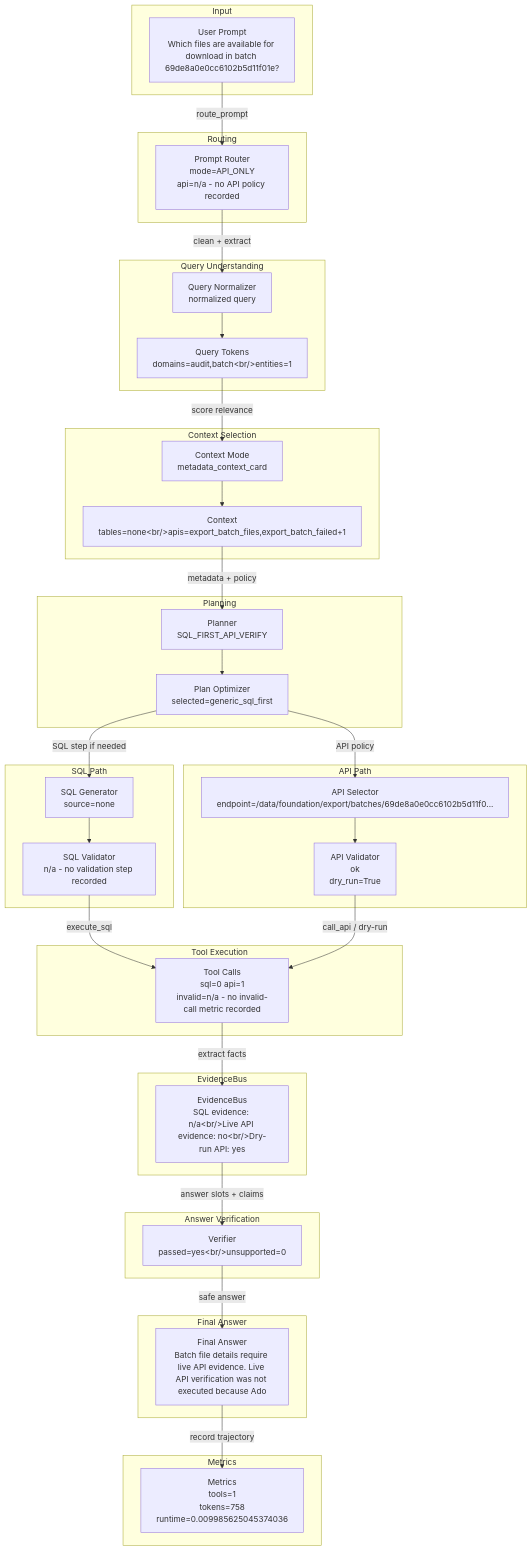
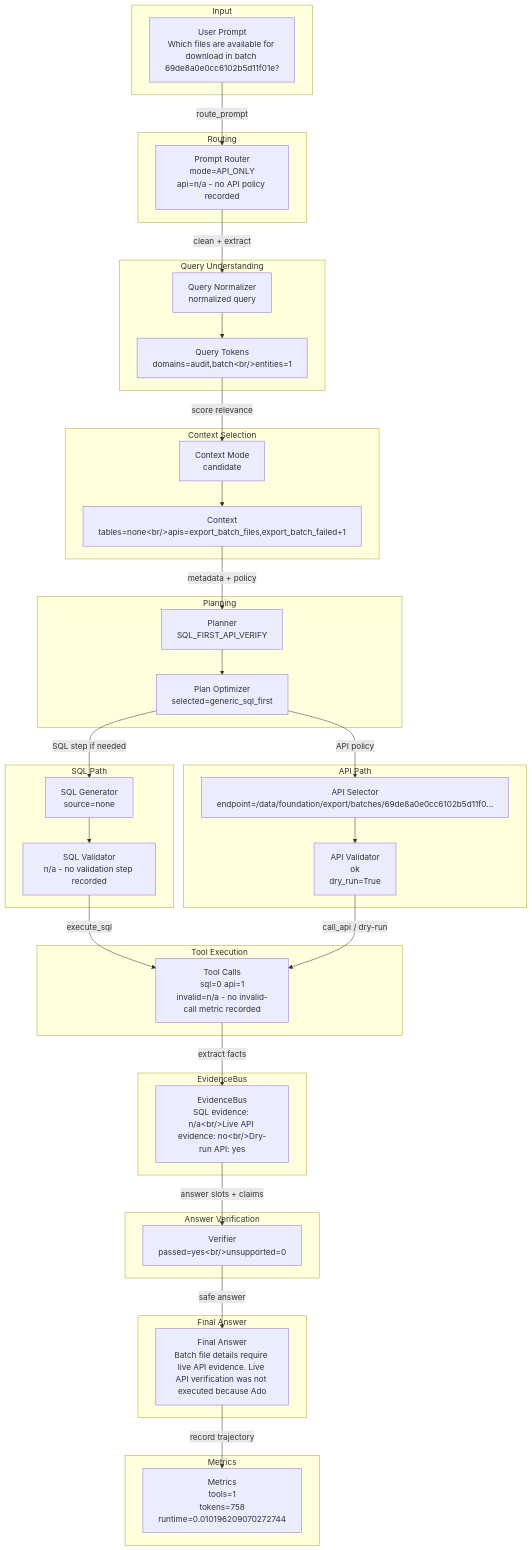
The diagram in outputs/visualizations/example_031/sql_first_api_verify/dataflow.md (dashsys-workshop-vldb/dashsys-workshop-vldb.github.io), drawn with Mermaid before and after one commit. The commit also changed other lines of this file and 597 other files, not shown here.

````diff
--- a/outputs/visualizations/example_031/sql_first_api_verify/dataflow.md
+++ b/outputs/visualizations/example_031/sql_first_api_verify/dataflow.md
@@ -19,56 +19,56 @@
 ```mermaid
 flowchart TD
   subgraph Input
     input_prompt["User Prompt<br/>Which files are available for download in batch 69de8a0e0cc6102b5d11f01e?"]
   end
   subgraph Routing
     router["Prompt Router<br/>mode=API_ONLY<br/>api=n/a - no API policy recorded"]
     input_prompt -->|route_prompt| router
   end
   subgraph QueryUnderstanding["Query Understanding"]
     normalizer["Query Normalizer<br/>normalized query"]
     tokens["Query Tokens<br/>domains=audit,batch&lt;br/&gt;entities=1"]
     router -->|clean + extract| normalizer --> tokens
   end
   subgraph ContextSelection["Context Selection"]
-    context["Context Mode<br/>metadata_context_card"]
+    context["Context Mode<br/>candidate"]
     candidates["Context<br/>tables=none&lt;br/&gt;apis=export_batch_files,export_batch_failed+1"]
     tokens -->|score relevance| context --> candidates
   end
   subgraph Planning
     planner["Planner<br/>SQL_FIRST_API_VERIFY"]
     optimizer["Plan Optimizer<br/>selected=generic_sql_first"]
     candidates -->|metadata + policy| planner --> optimizer
   end
   subgraph SQLPath["SQL Path"]
     sqlgen["SQL Generator<br/>source=none"]
     sqlval["SQL Validator<br/>n/a - no validation step recorded"]
     optimizer -->|SQL step if needed| sqlgen --> sqlval
   end
   subgraph APIPath["API Path"]
     apisel["API Selector<br/>endpoint=/data/foundation/export/batches/69de8a0e0cc6102b5d11f0..."]
     apival["API Validator<br/>ok<br/>dry_run=True"]
     optimizer -->|API policy| apisel --> apival
   end
   subgraph ToolExecution["Tool Execution"]
     tools["Tool Calls<br/>sql=0 api=1<br/>invalid=n/a - no invalid-call metric recorded"]
     sqlval -->|execute_sql| tools
     apival -->|call_api / dry-run| tools
   end
   subgraph EvidenceBus
     evidence["EvidenceBus<br/>SQL evidence: n/a&lt;br/&gt;Live API evidence: no&lt;br/&gt;Dry-run API: yes"]
     tools -->|extract facts| evidence
   end
   subgraph AnswerVerification["Answer Verification"]
     verifier["Verifier<br/>passed=yes&lt;br/&gt;unsupported=0"]
     evidence -->|answer slots + claims| verifier
   end
   subgraph FinalAnswer["Final Answer"]
     answer["Final Answer<br/>Batch file details require live API evidence. Live API verification was not executed because Ado"]
     verifier -->|safe answer| answer
   end
   subgraph Metrics
-    metrics["Metrics<br/>tools=1<br/>tokens=758<br/>runtime=0.009985625045374036"]
+    metrics["Metrics<br/>tools=1<br/>tokens=758<br/>runtime=0.010196209070272744"]
     answer -->|record trajectory| metrics
   end
 ```
````
